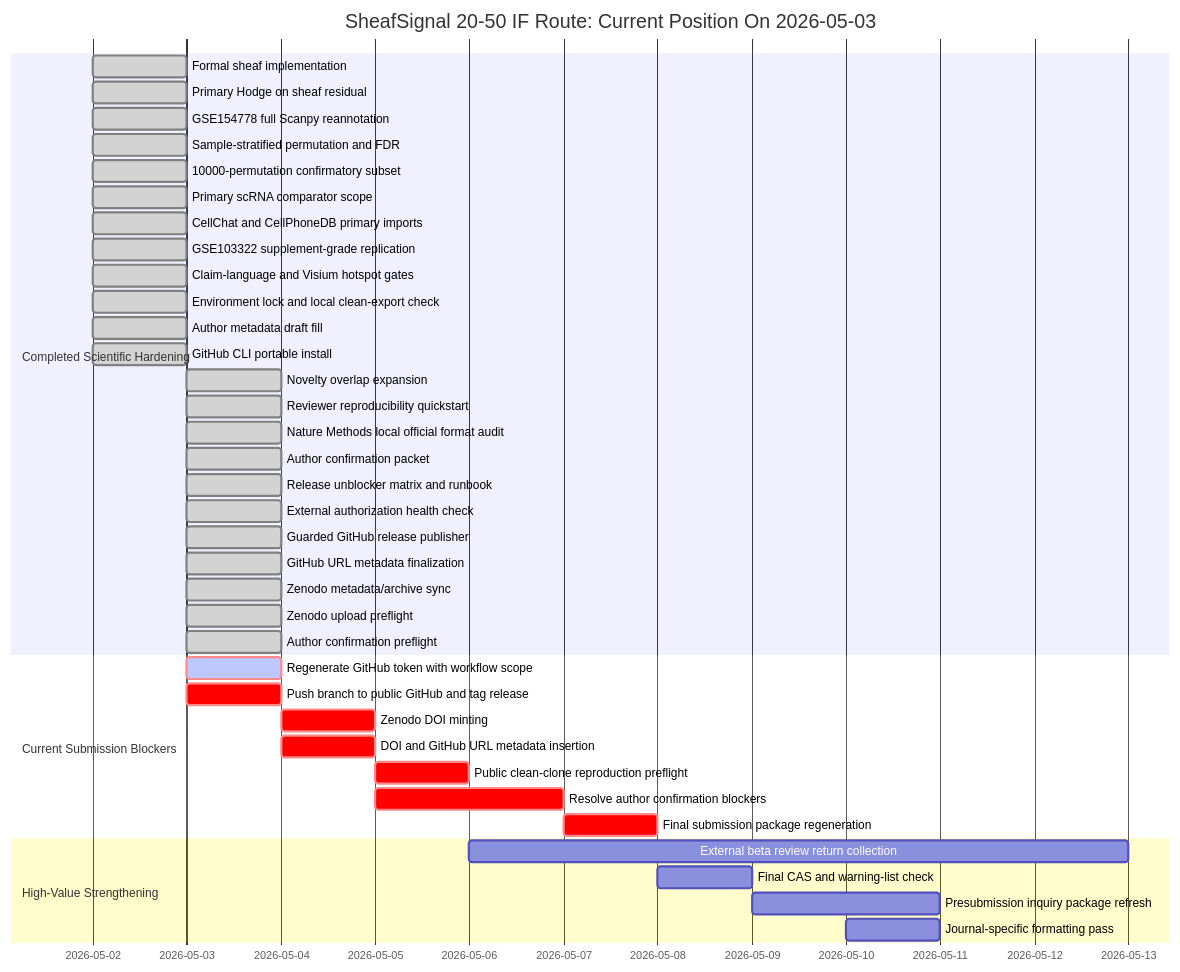
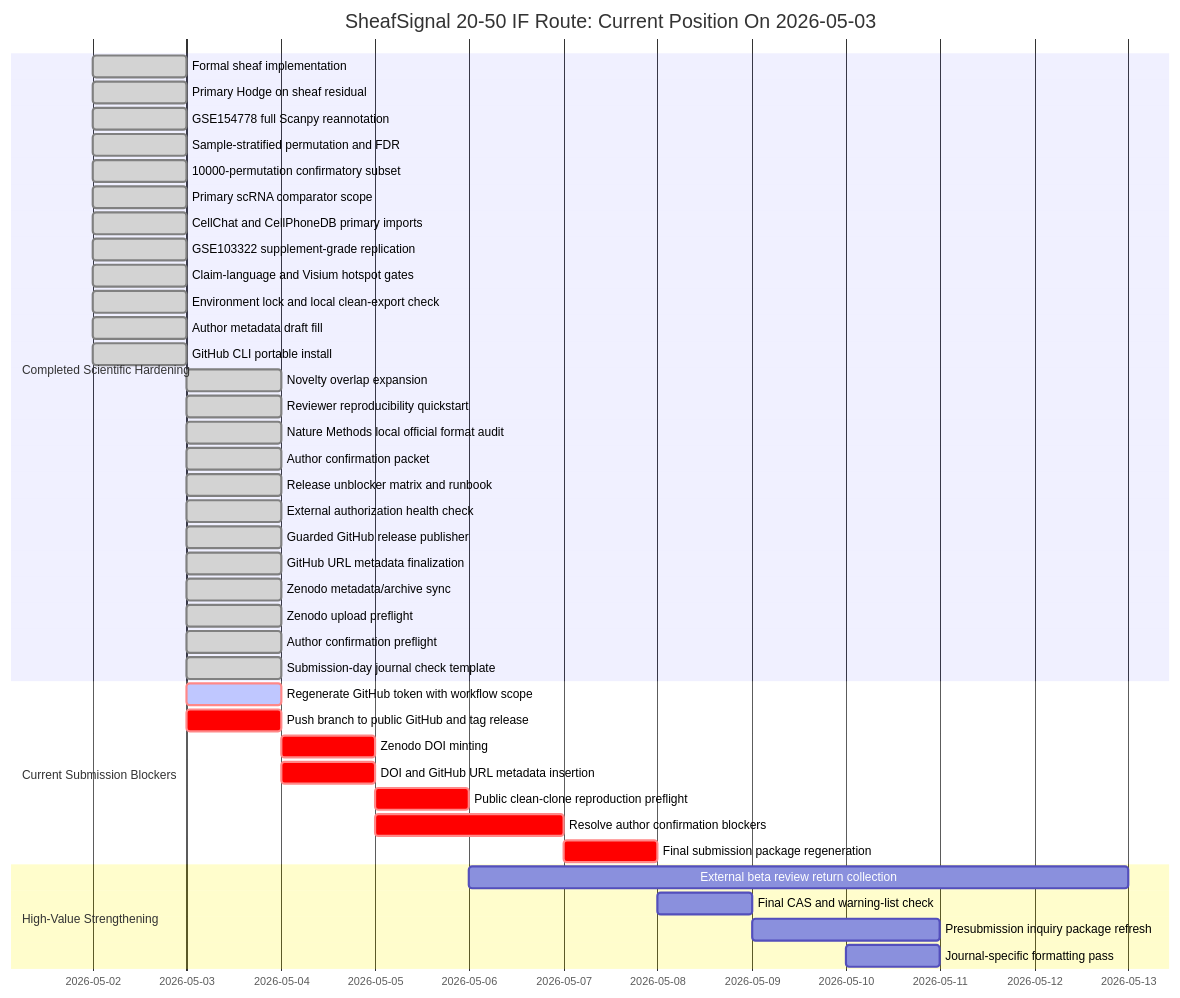
One commit to healthgreat/SheafSignal changed the diagram in manuscript/SHEAFSIGNAL_STATUS_DASHBOARD_2026-05-03.md. Above: the diagram before and after it, drawn with Mermaid. The commit also changed other lines of this file and 8 other files, not shown here.

Commit message:
Add submission-day journal check workflow

````diff
--- a/manuscript/SHEAFSIGNAL_STATUS_DASHBOARD_2026-05-03.md
+++ b/manuscript/SHEAFSIGNAL_STATUS_DASHBOARD_2026-05-03.md
@@ -139,45 +141,46 @@
 ```mermaid
 gantt
     title SheafSignal 20-50 IF Route: Current Position On 2026-05-03
     dateFormat  YYYY-MM-DD
 
     section Completed Scientific Hardening
     Formal sheaf implementation                    :done, 2026-05-02, 1d
     Primary Hodge on sheaf residual                :done, 2026-05-02, 1d
     GSE154778 full Scanpy reannotation             :done, 2026-05-02, 1d
     Sample-stratified permutation and FDR          :done, 2026-05-02, 1d
     10000-permutation confirmatory subset          :done, 2026-05-02, 1d
     Primary scRNA comparator scope                 :done, 2026-05-02, 1d
     CellChat and CellPhoneDB primary imports       :done, 2026-05-02, 1d
     GSE103322 supplement-grade replication         :done, 2026-05-02, 1d
     Claim-language and Visium hotspot gates        :done, 2026-05-02, 1d
     Environment lock and local clean-export check  :done, 2026-05-02, 1d
     Author metadata draft fill                     :done, 2026-05-02, 1d
     GitHub CLI portable install                    :done, 2026-05-02, 1d
     Novelty overlap expansion                      :done, 2026-05-03, 1d
     Reviewer reproducibility quickstart            :done, 2026-05-03, 1d
     Nature Methods local official format audit     :done, 2026-05-03, 1d
     Author confirmation packet                     :done, 2026-05-03, 1d
     Release unblocker matrix and runbook           :done, 2026-05-03, 1d
     External authorization health check            :done, 2026-05-03, 1d
     Guarded GitHub release publisher              :done, 2026-05-03, 1d
     GitHub URL metadata finalization               :done, 2026-05-03, 1d
     Zenodo metadata/archive sync                   :done, 2026-05-03, 1d
     Zenodo upload preflight                        :done, 2026-05-03, 1d
     Author confirmation preflight                  :done, 2026-05-03, 1d
+    Submission-day journal check template          :done, 2026-05-03, 1d
 
     section Current Submission Blockers
     Regenerate GitHub token with workflow scope    :crit, active, 2026-05-03, 1d
     Push branch to public GitHub and tag release   :crit, 2026-05-03, 1d
     Zenodo DOI minting                             :crit, 2026-05-04, 1d
     DOI and GitHub URL metadata insertion          :crit, 2026-05-04, 1d
     Public clean-clone reproduction preflight      :crit, 2026-05-05, 1d
     Resolve author confirmation blockers          :crit, 2026-05-05, 2d
     Final submission package regeneration          :crit, 2026-05-07, 1d
 
     section High-Value Strengthening
     External beta review return collection         :2026-05-06, 7d
     Final CAS and warning-list check               :2026-05-08, 1d
     Presubmission inquiry package refresh          :2026-05-09, 2d
     Journal-specific formatting pass               :2026-05-10, 1d
 ```
````
